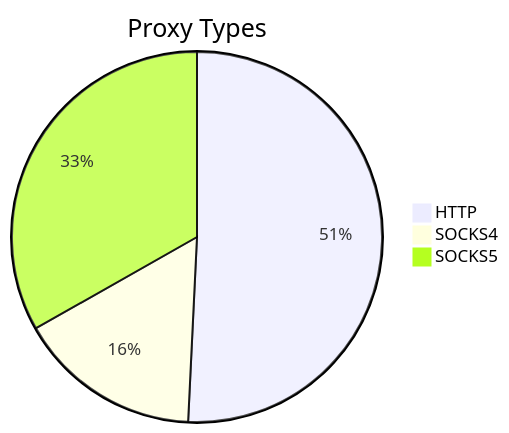
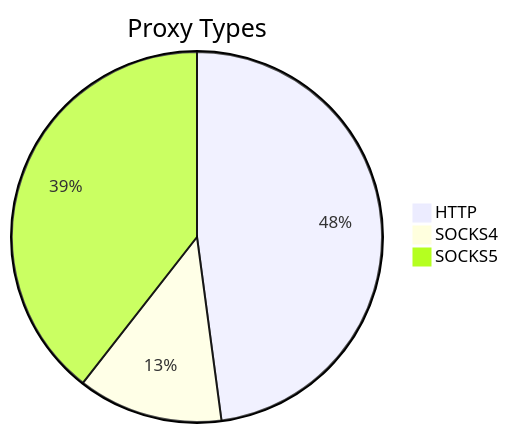
One commit to stormsia/proxy-list changed the first of 2 diagrams in README.md. Above: the diagram before and after it, drawn with Mermaid. The commit also changed other lines of this file, not shown here.

````diff
--- a/README.md
+++ b/README.md
@@ -21,6 +21,6 @@
 ```mermaid
 pie title Proxy Types
-    "HTTP" : 133
-    "SOCKS4" : 42
-    "SOCKS5" : 87
+    "HTTP" : 170
+    "SOCKS4" : 45
+    "SOCKS5" : 140
 ```
````
